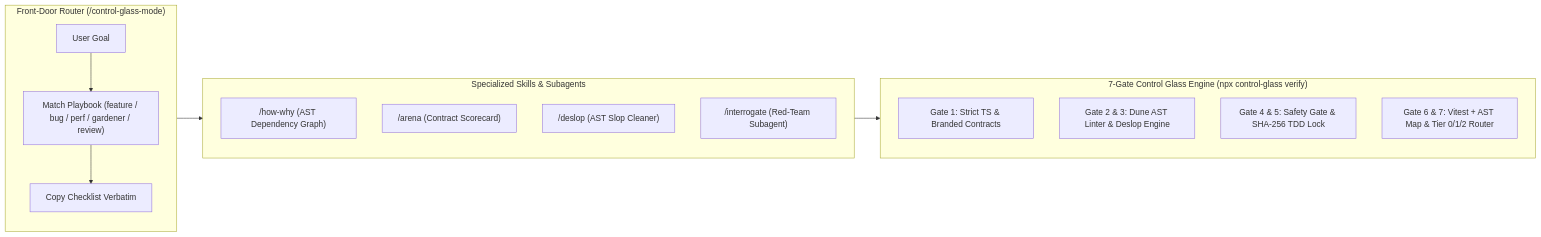
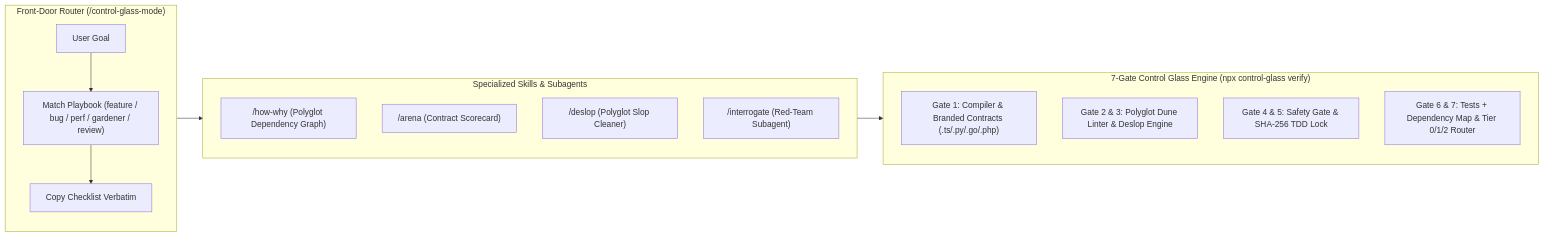
Before and after one commit to Sakeerin/control-glass: the diagram in README.md, drawn with Mermaid. The commit also changed other lines of this file, not shown here.

Commit message:
docs: fully update README.md to v3.0 (Universal Polyglot & Multi-Vendor)

````diff
--- a/README.md
+++ b/README.md
@@ -82,23 +83,23 @@
 ```mermaid
 flowchart LR
     subgraph Router["Front-Door Router (/control-glass-mode)"]
         R0["User Goal"] --> R1["Match Playbook (feature / bug / perf / gardener / review)"]
         R1 --> R2["Copy Checklist Verbatim"]
     end
 
     subgraph Skills["Specialized Skills & Subagents"]
-        S1["/how-why (AST Dependency Graph)"]
+        S1["/how-why (Polyglot Dependency Graph)"]
         S2["/arena (Contract Scorecard)"]
-        S3["/deslop (AST Slop Cleaner)"]
+        S3["/deslop (Polyglot Slop Cleaner)"]
         S4["/interrogate (Red-Team Subagent)"]
     end
 
     subgraph Engine["7-Gate Control Glass Engine (npx control-glass verify)"]
-        E1["Gate 1: Strict TS & Branded Contracts"]
-        E2["Gate 2 & 3: Dune AST Linter & Deslop Engine"]
+        E1["Gate 1: Compiler & Branded Contracts (.ts/.py/.go/.php)"]
+        E2["Gate 2 & 3: Polyglot Dune Linter & Deslop Engine"]
         E3["Gate 4 & 5: Safety Gate & SHA-256 TDD Lock"]
-        E4["Gate 6 & 7: Vitest + AST Map & Tier 0/1/2 Router"]
+        E4["Gate 6 & 7: Tests + Dependency Map & Tier 0/1/2 Router"]
     end
 
     Router --> Skills --> Engine
 ```
````
